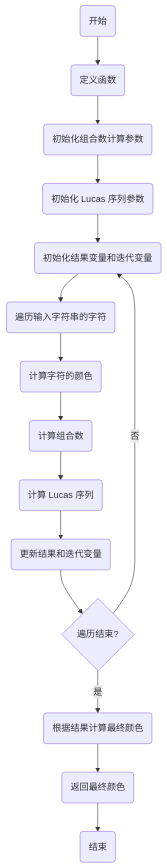
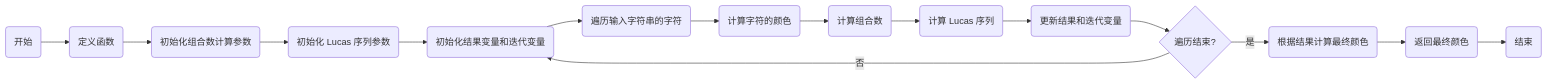
Before and after one commit to RonaWhite/python: the sixth of 6 diagrams in Experiment/experiment5.md, drawn with Mermaid. The commit also changed other lines of this file and 2 other files, not shown here.

````diff
--- a/Experiment/experiment5.md
+++ b/Experiment/experiment5.md
@@ -580,17 +580,17 @@
 ```mermaid
-graph TD
+graph LR
 A(开始) --> B(定义函数)
 B --> C(初始化组合数计算参数)
 C --> D(初始化 Lucas 序列参数)
 D --> E(初始化结果变量和迭代变量)
 E --> F(遍历输入字符串的字符)
 F --> G(计算字符的颜色)
 G --> H(计算组合数)
 H --> I(计算 Lucas 序列)
 I --> J(更新结果和迭代变量)
 J --> K{遍历结束?}
 K -- 否 --> E
 K -- 是 --> L(根据结果计算最终颜色)
 L --> M(返回最终颜色)
 M --> N(结束)
 ```
````
